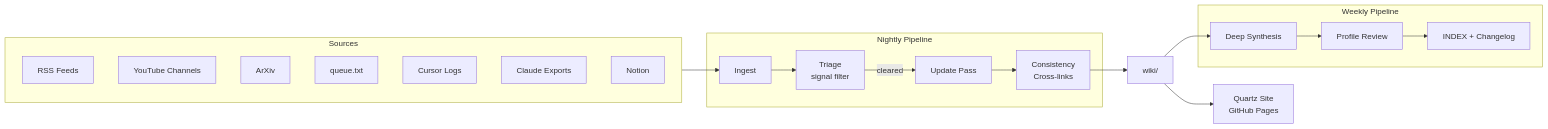
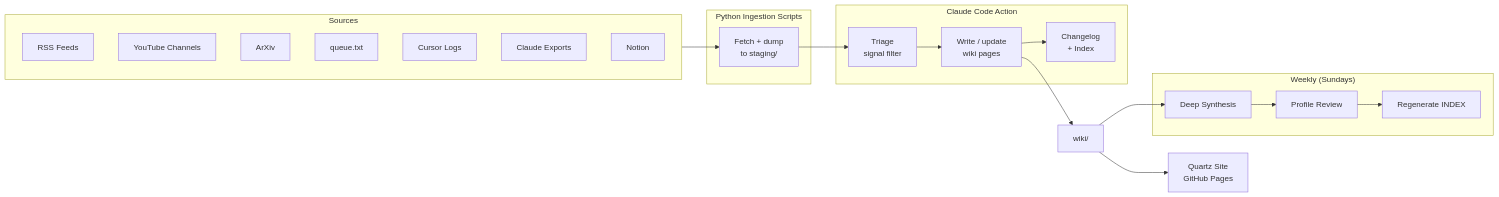
Before and after one commit to dean2727/aia-wiki: the diagram in README.md, drawn with Mermaid. The commit also changed other lines of this file and 9 other files, not shown here.

Commit message:
New setup, using claude code github actions

````diff
--- a/README.md
+++ b/README.md
@@ -42,34 +43,36 @@
 ```mermaid
 flowchart LR
   subgraph sources["Sources"]
     A["RSS Feeds"]
     B["YouTube Channels"]
     C["ArXiv"]
     D["queue.txt"]
     E["Cursor Logs"]
     F["Claude Exports"]
     G["Notion"]
   end
- 
-  subgraph nightly["Nightly Pipeline"]
-    L["Ingest"]
-    M["Triage\nsignal filter"]
-    N["Update Pass"]
-    O["Consistency\nCross-links"]
-    L --> M
-    M -->|cleared| N
-    N --> O
+
+  subgraph ingest["Python Ingestion Scripts"]
+    H["Fetch + dump\nto staging/"]
   end
- 
-  subgraph weekly["Weekly Pipeline"]
-    P["Deep Synthesis"]
-    Q["Profile Review"]
-    R["INDEX + Changelog"]
-    P --> Q --> R
+
+  subgraph claude["Claude Code Action"]
+    I["Triage\nsignal filter"]
+    J["Write / update\nwiki pages"]
+    K["Changelog\n+ Index"]
+    I --> J --> K
   end
- 
-  sources --> L
-  O --> wiki["wiki/"]
-  wiki --> P
+
+  subgraph weekly["Weekly (Sundays)"]
+    L["Deep Synthesis"]
+    M["Profile Review"]
+    N["Regenerate INDEX"]
+    L --> M --> N
+  end
+
+  sources --> H
+  H --> I
+  J --> wiki["wiki/"]
+  wiki --> L
   wiki --> site["Quartz Site\nGitHub Pages"]
 ```
````
